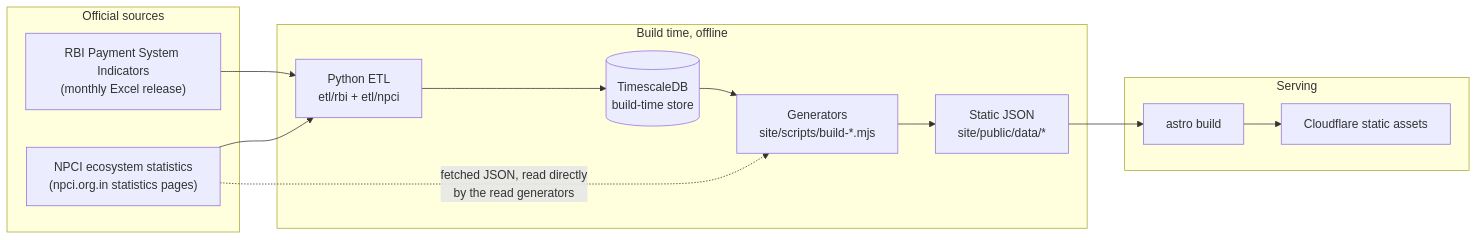
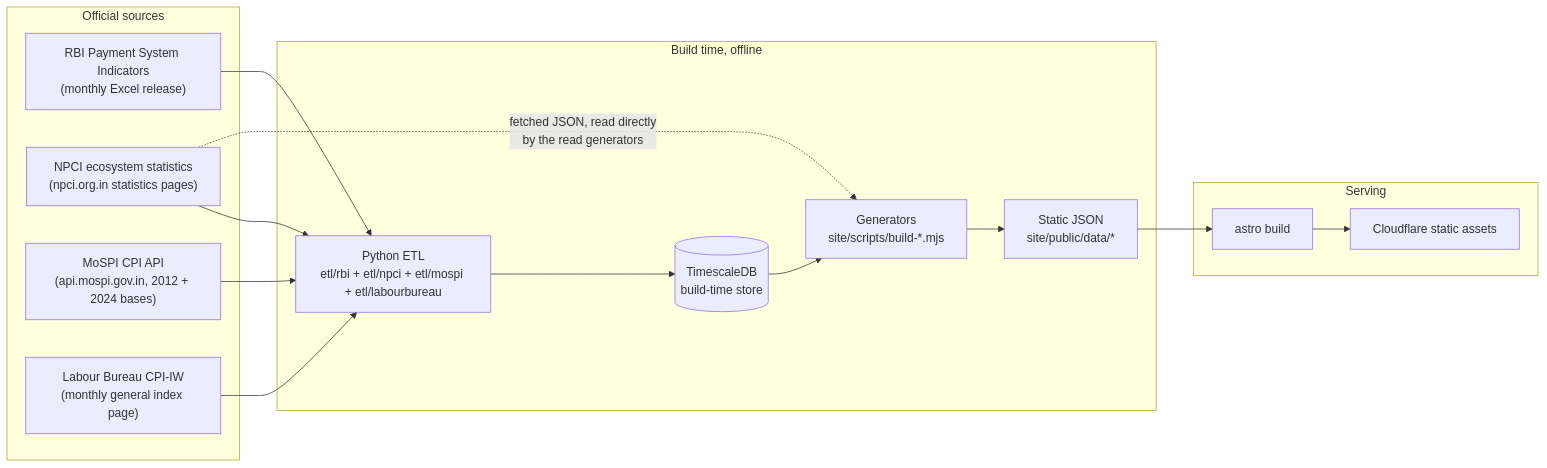
The first of 4 diagrams in docs/pipeline.md (time-series-of-india/tsoi), drawn with Mermaid before and after one commit. The commit also changed other lines of this file and 141 other files, not shown here.

````diff
--- a/docs/pipeline.md
+++ b/docs/pipeline.md
@@ -14,20 +14,24 @@
 ```mermaid
 flowchart LR
   subgraph sources [Official sources]
     RBI["RBI Payment System Indicators<br/>(monthly Excel release)"]
     NPCI["NPCI ecosystem statistics<br/>(npci.org.in statistics pages)"]
+    MOSPI["MoSPI CPI API<br/>(api.mospi.gov.in, 2012 + 2024 bases)"]
+    LB["Labour Bureau CPI-IW<br/>(monthly general index page)"]
   end
   subgraph build [Build time, offline]
-    ETL["Python ETL<br/>etl/rbi + etl/npci"]
+    ETL["Python ETL<br/>etl/rbi + etl/npci + etl/mospi + etl/labourbureau"]
     DB[("TimescaleDB<br/>build-time store")]
     GEN["Generators<br/>site/scripts/build-*.mjs"]
     JSON["Static JSON<br/>site/public/data/*"]
   end
   subgraph serve [Serving]
     ASTRO["astro build"]
     CDN["Cloudflare static assets"]
   end
   RBI --> ETL --> DB --> GEN --> JSON --> ASTRO --> CDN
   NPCI --> ETL
+  MOSPI --> ETL
+  LB --> ETL
   NPCI -.->|"fetched JSON, read directly<br/>by the read generators"| GEN
 ```
````
